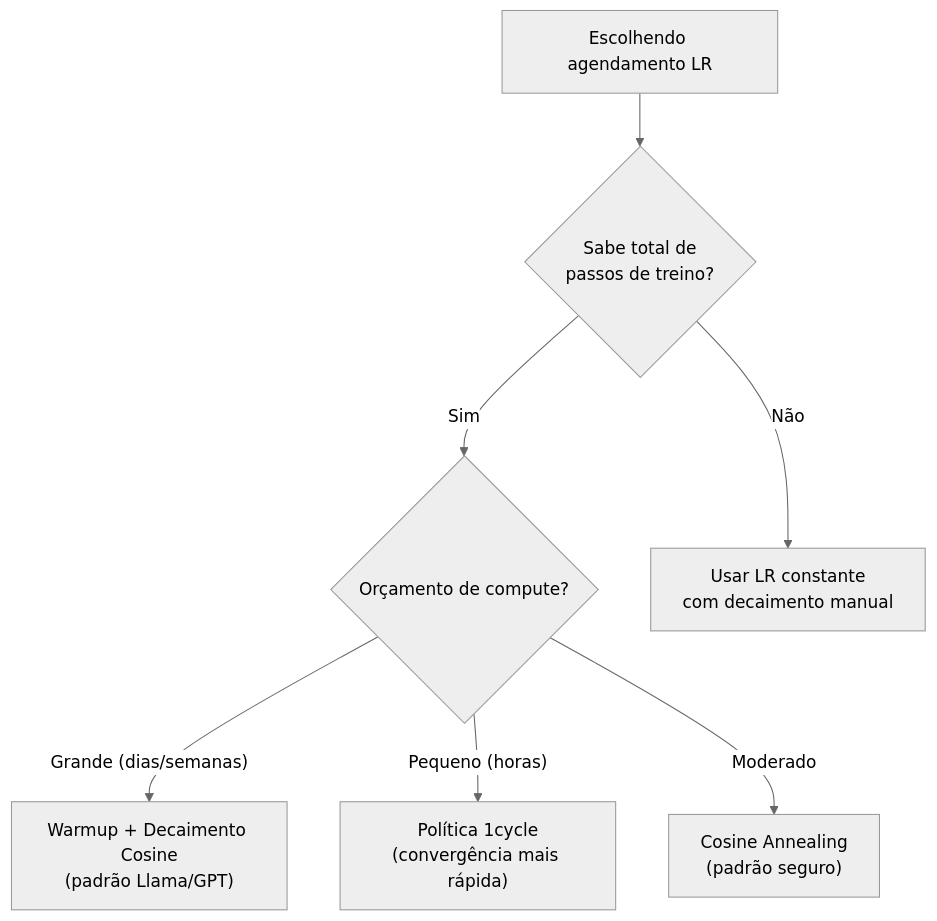
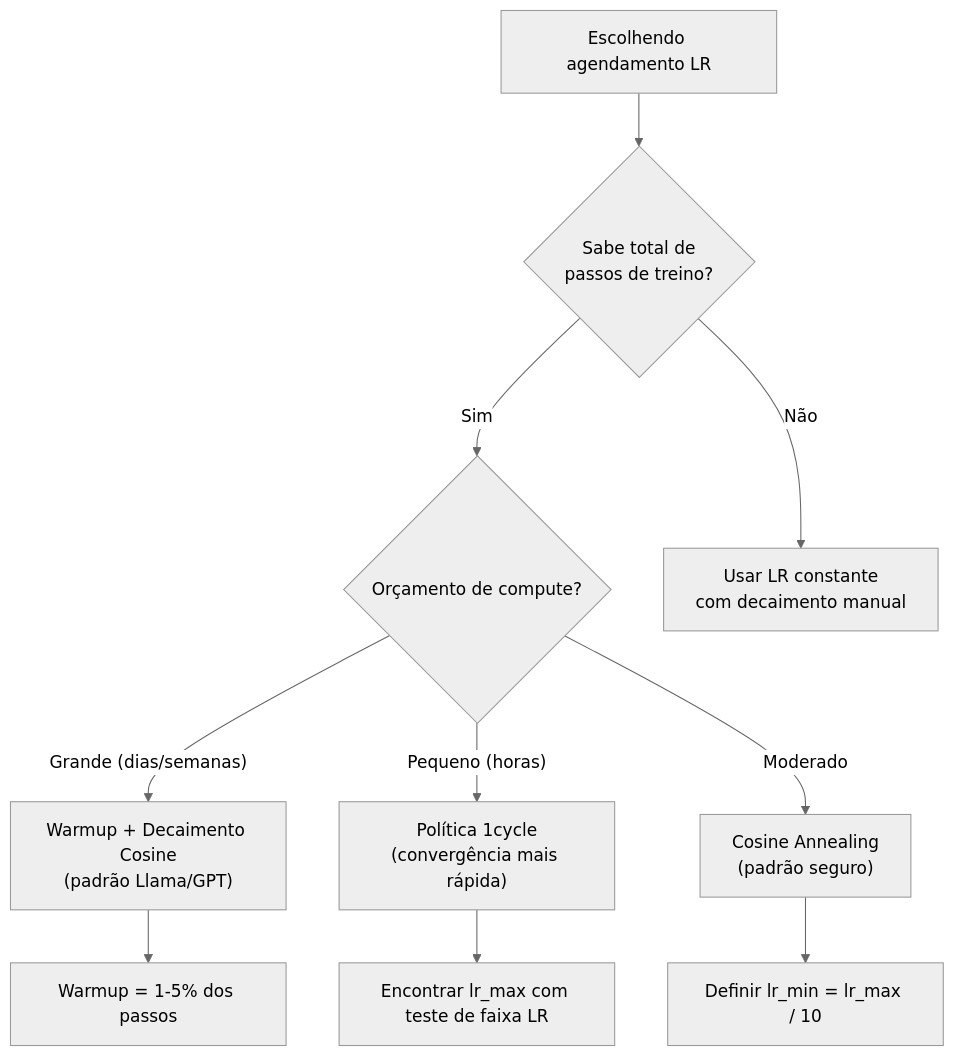
The second of 3 diagrams in phases/03-deep-learning-core/09-learning-rate-schedules/docs/pt-br.md (K3lvin-dev/ai-engineering-from-scratch), drawn with Mermaid (neutral theme) before and after one commit. The commit also changed other lines of this file and 11 other files, not shown here.

````diff
--- a/phases/03-deep-learning-core/09-learning-rate-schedules/docs/pt-br.md
+++ b/phases/03-deep-learning-core/09-learning-rate-schedules/docs/pt-br.md
@@ -77,11 +127,15 @@
 ```mermaid
 flowchart TD
     Start["Escolhendo agendamento LR"] --> Know{"Sabe total de<br/>passos de treino?"}
 
     Know -->|"Sim"| Budget{"Orçamento de compute?"}
     Know -->|"Não"| Constant["Usar LR constante<br/>com decaimento manual"]
 
     Budget -->|"Grande (dias/semanas)"| WarmCos["Warmup + Decaimento Cosine<br/>(padrão Llama/GPT)"]
     Budget -->|"Pequeno (horas)"| OneCycle["Política 1cycle<br/>(convergência mais rápida)"]
     Budget -->|"Moderado"| Cosine["Cosine Annealing<br/>(padrão seguro)"]
+
+    WarmCos --> Warmup["Warmup = 1-5% dos passos"]
+    OneCycle --> FindLR["Encontrar lr_max com teste de faixa LR"]
+    Cosine --> MinLR["Definir lr_min = lr_max / 10"]
 ```
````
